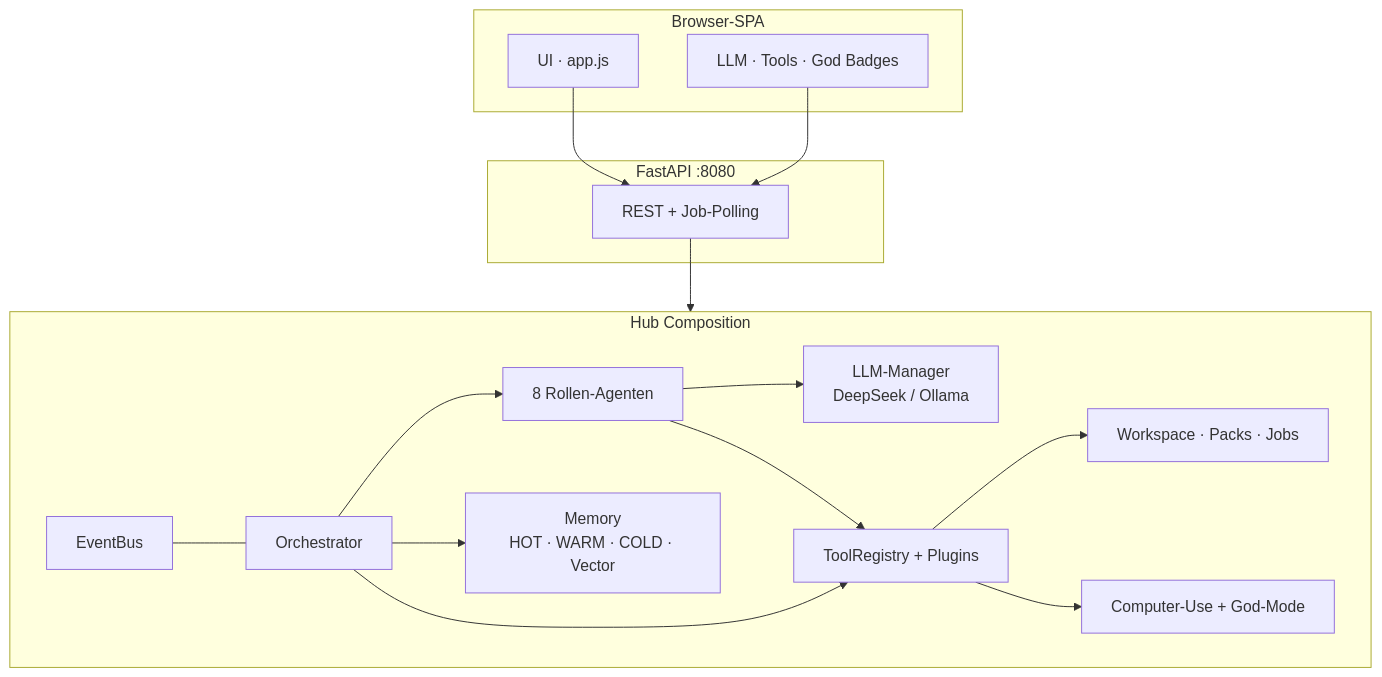
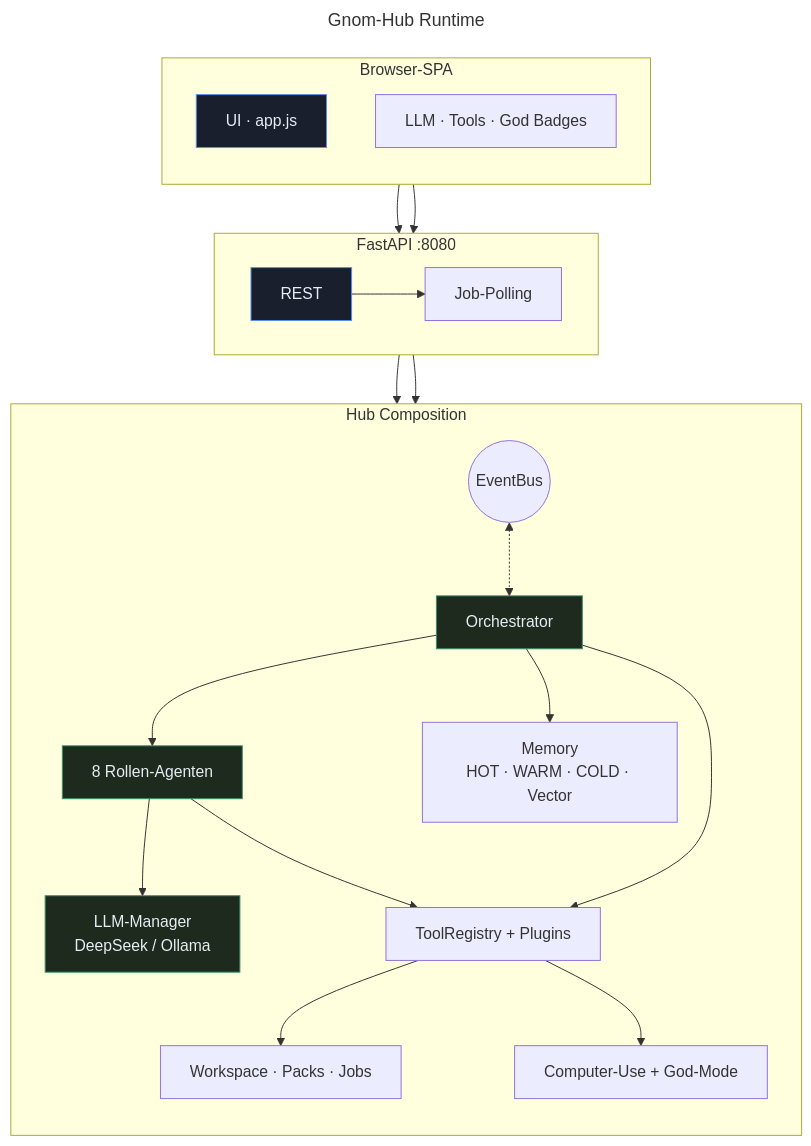
The first of 4 diagrams in README_DE.md (landjunge/gnom-hub-v1), drawn with Mermaid before and after one commit. The commit also changed other lines of this file and 3 other files, not shown here.

First line of the commit message:
docs: deepen Mermaid syntax (state, sequence, classDef, guide)

````diff
--- a/README_DE.md
+++ b/README_DE.md
@@ -201,34 +201,48 @@
 ```mermaid
+---
+title: Gnom-Hub Runtime
+---
 flowchart TB
   subgraph Client["Browser-SPA"]
+    direction TB
     UI["UI · app.js"]
     Badges["LLM · Tools · God Badges"]
   end
 
   subgraph API["FastAPI :8080"]
-    REST["REST + Job-Polling"]
+    direction LR
+    REST["REST"]
+    Poll["Job-Polling"]
   end
 
   subgraph Hub["Hub Composition"]
-    Bus["EventBus"]
+    direction TB
+    Bus((EventBus))
     Orch["Orchestrator"]
     Agents["8 Rollen-Agenten"]
-    LLM["LLM-Manager\nDeepSeek / Ollama"]
-    Mem["Memory\nHOT · WARM · COLD · Vector"]
+    LLM["LLM-Manager<br/>DeepSeek / Ollama"]
+    Mem["Memory<br/>HOT · WARM · COLD · Vector"]
     Tools["ToolRegistry + Plugins"]
     WS["Workspace · Packs · Jobs"]
     CU["Computer-Use + God-Mode"]
   end
 
   UI --> REST
   Badges --> REST
-  REST --> Hub
+  REST --> Poll
+  Poll --> Orch
+  REST --> Orch
+  Bus <-.-> Orch
   Orch --> Agents
   Agents --> LLM
   Orch --> Mem
   Orch --> Tools
   Agents --> Tools
   Tools --> WS
   Tools --> CU
-  Bus --- Orch
+
+  classDef edge fill:#1a1f2e,stroke:#5b8def,color:#e6edf3
+  classDef core fill:#1e2a1e,stroke:#3a8f6e,color:#e6edf3
+  class Orch,Agents,LLM core
+  class UI,REST edge
 ```
````
